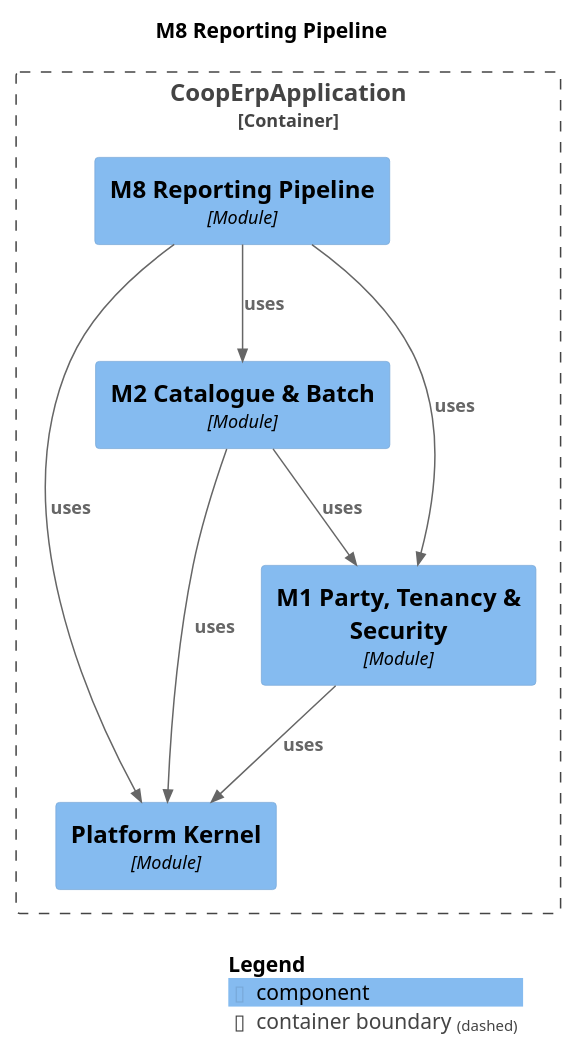
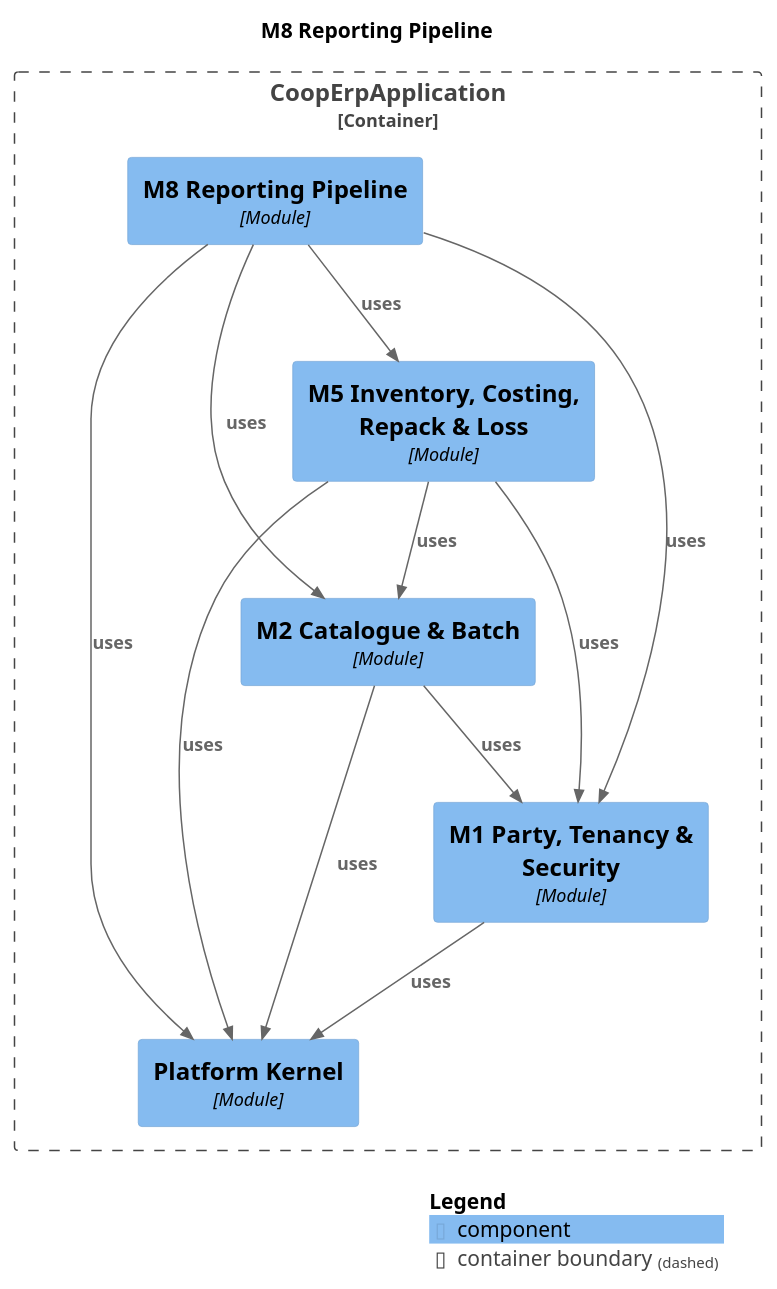
One commit to Knoweb/COOP_ERP changed the diagram in docs/modules/module-m8reporting.puml. Above: the diagram before and after it, drawn with PlantUML. The commit also changed 35 other files, not shown here.

```diff
--- a/docs/modules/module-m8reporting.puml
+++ b/docs/modules/module-m8reporting.puml
@@ -1,26 +1,31 @@
 @startuml
 set separator none
 title M8 Reporting Pipeline
 
 top to bottom direction
 
 !include <C4/C4>
 !include <C4/C4_Context>
 !include <C4/C4_Component>
 
 Container_Boundary("CoopErpApplication.CoopErpApplication_boundary", "CoopErpApplication", $tags="") {
+  Component(CoopErpApplication.CoopErpApplication.M5InventoryCostingRepackLoss, "M5 Inventory, Costing, Repack & Loss", $techn="Module", $descr="", $tags="", $link="")
   Component(CoopErpApplication.CoopErpApplication.M8ReportingPipeline, "M8 Reporting Pipeline", $techn="Module", $descr="", $tags="", $link="")
   Component(CoopErpApplication.CoopErpApplication.PlatformKernel, "Platform Kernel", $techn="Module", $descr="", $tags="", $link="")
   Component(CoopErpApplication.CoopErpApplication.M1PartyTenancySecurity, "M1 Party, Tenancy & Security", $techn="Module", $descr="", $tags="", $link="")
   Component(CoopErpApplication.CoopErpApplication.M2CatalogueBatch, "M2 Catalogue & Batch", $techn="Module", $descr="", $tags="", $link="")
 }
 
 Rel(CoopErpApplication.CoopErpApplication.M1PartyTenancySecurity, CoopErpApplication.CoopErpApplication.PlatformKernel, "uses", $techn="", $tags="", $link="")
 Rel(CoopErpApplication.CoopErpApplication.M2CatalogueBatch, CoopErpApplication.CoopErpApplication.M1PartyTenancySecurity, "uses", $techn="", $tags="", $link="")
 Rel(CoopErpApplication.CoopErpApplication.M2CatalogueBatch, CoopErpApplication.CoopErpApplication.PlatformKernel, "uses", $techn="", $tags="", $link="")
+Rel(CoopErpApplication.CoopErpApplication.M5InventoryCostingRepackLoss, CoopErpApplication.CoopErpApplication.M1PartyTenancySecurity, "uses", $techn="", $tags="", $link="")
+Rel(CoopErpApplication.CoopErpApplication.M5InventoryCostingRepackLoss, CoopErpApplication.CoopErpApplication.M2CatalogueBatch, "uses", $techn="", $tags="", $link="")
+Rel(CoopErpApplication.CoopErpApplication.M5InventoryCostingRepackLoss, CoopErpApplication.CoopErpApplication.PlatformKernel, "uses", $techn="", $tags="", $link="")
 Rel(CoopErpApplication.CoopErpApplication.M8ReportingPipeline, CoopErpApplication.CoopErpApplication.M1PartyTenancySecurity, "uses", $techn="", $tags="", $link="")
 Rel(CoopErpApplication.CoopErpApplication.M8ReportingPipeline, CoopErpApplication.CoopErpApplication.M2CatalogueBatch, "uses", $techn="", $tags="", $link="")
+Rel(CoopErpApplication.CoopErpApplication.M8ReportingPipeline, CoopErpApplication.CoopErpApplication.M5InventoryCostingRepackLoss, "uses", $techn="", $tags="", $link="")
 Rel(CoopErpApplication.CoopErpApplication.M8ReportingPipeline, CoopErpApplication.CoopErpApplication.PlatformKernel, "uses", $techn="", $tags="", $link="")
 
 SHOW_LEGEND(true)
 @enduml
```
